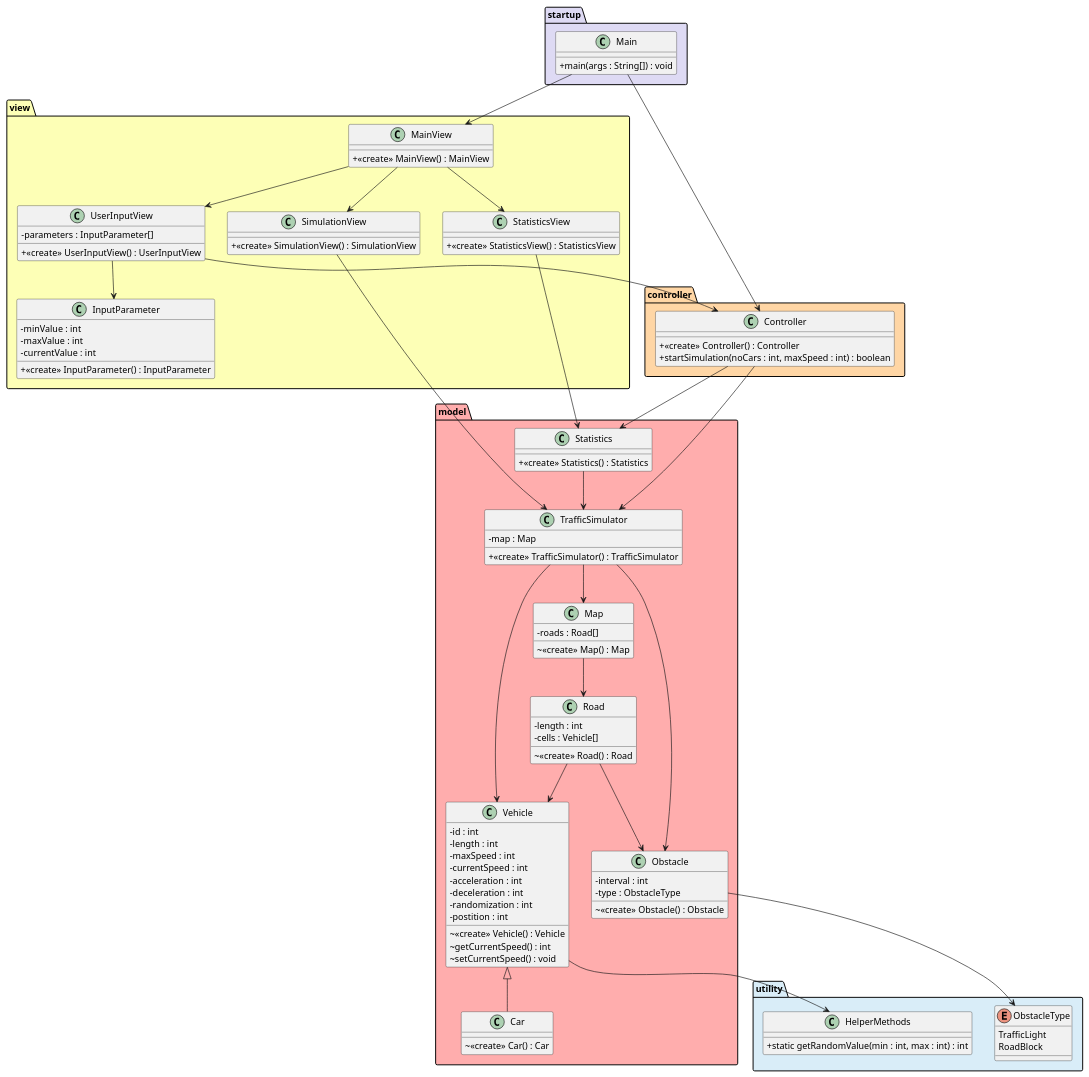
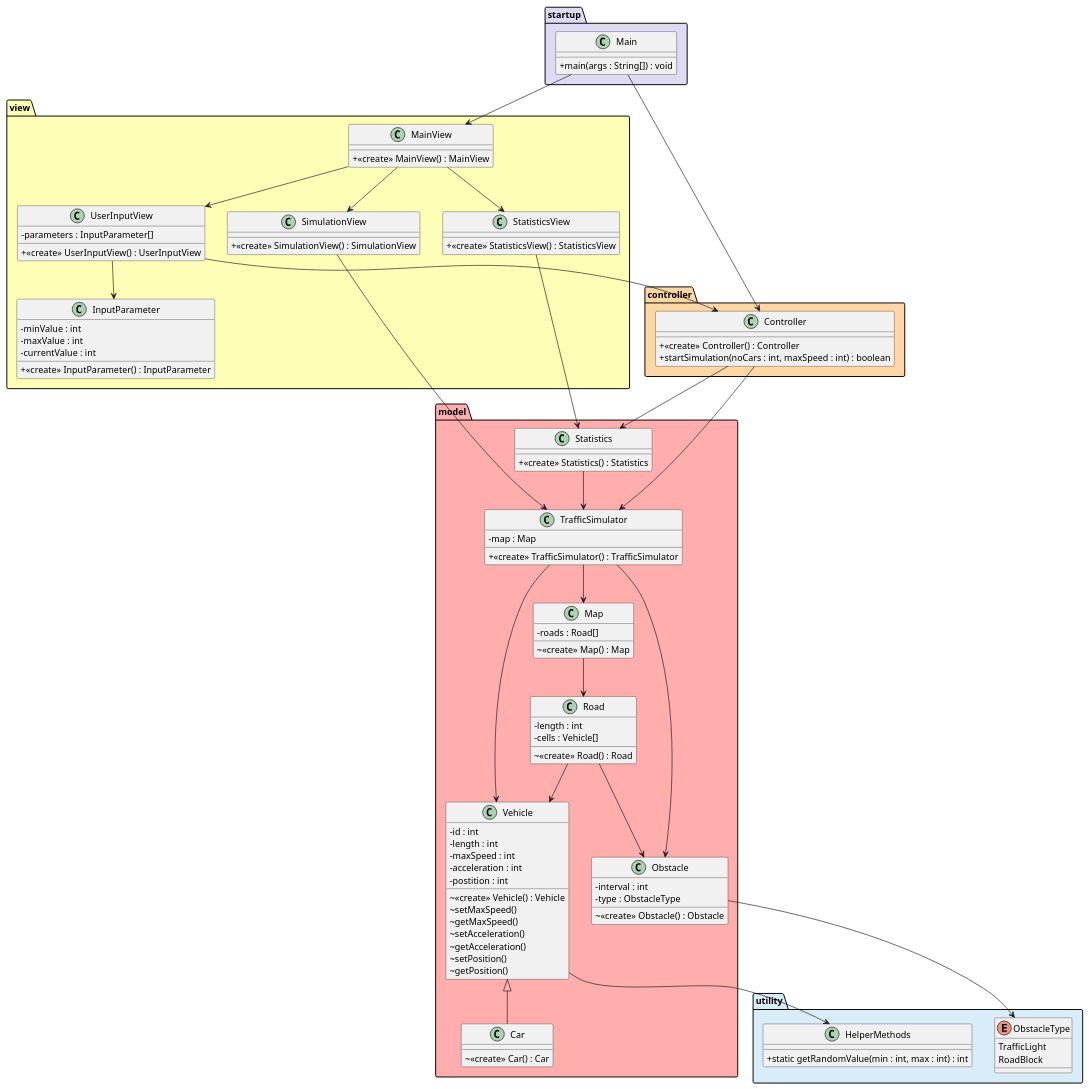
Before and after one commit to holmgren23/traffic-simulator: the diagram in class-diagram.puml, drawn with PlantUML.

Commit message:
Removed vh attributes that should go in sim, added getters and setters

```diff
--- a/class-diagram.puml
+++ b/class-diagram.puml
@@ -1,145 +1,148 @@
 @startuml TrafficSimulator
 skinparam classAttributeIconSize 0
 
 /'colors
 #FFADAD
 #FFD6A5
 #FDFFB6
 #E4F1EE
 #D9EDF8
 #DEDAF4'/
 
 package model #FFADAD {
   class TrafficSimulator {
   - map : Map
   + <<create>> TrafficSimulator() : TrafficSimulator
   }
 
   class Vehicle {
     - id : int
     - length : int
     - maxSpeed : int
-    - currentSpeed : int
     - acceleration : int
-    - deceleration : int
-    - randomization : int
     - postition : int
     ~ <<create>> Vehicle() : Vehicle
-    ~ getCurrentSpeed() : int
-    ~ setCurrentSpeed() : void
+    ~ setMaxSpeed()
+    ~ getMaxSpeed()
+    ~ setAcceleration()
+    ~ getAcceleration()
+    ~ setPosition()
+    ~ getPosition()
+
+
   }
 
   class Car {
     ~ <<create>> Car() : Car
   }
 
   class Map {
     - roads : Road[]
     ~ <<create>> Map() : Map
   }
 
   class Road {
     - length : int
     - cells : Vehicle[]
     ~ <<create>> Road() : Road
   }
 
   class Obstacle {
     - interval : int
     - type : ObstacleType
     ~ <<create>> Obstacle() : Obstacle
   }
 
   class Statistics {
     + <<create>> Statistics() : Statistics
   }
 
   TrafficSimulator --> Map
   TrafficSimulator --> Vehicle
   TrafficSimulator --> Obstacle
   Map --> Road
   Road --> Obstacle
   Road --> Vehicle
   Vehicle <|-- Car
   Statistics --> TrafficSimulator
 }
 
 package controller #FFD6A5 {
   class Controller {
     + <<create>> Controller() : Controller
     + startSimulation(noCars : int, maxSpeed : int) : boolean
   }
 
   Controller --> Statistics
   Controller --> TrafficSimulator
 }
 
 package view #FDFFB6 {
   class MainView {
     + <<create>> MainView() : MainView
   }
   class UserInputView {
     - parameters : InputParameter[]
     + <<create>> UserInputView() : UserInputView
   }
 
   class InputParameter {
     - minValue : int
     - maxValue : int
     - currentValue : int 
     + <<create>> InputParameter() : InputParameter
   }
 
   class StatisticsView {
     + <<create>> StatisticsView() : StatisticsView
   }
 
   class SimulationView {
     + <<create>> SimulationView() : SimulationView
   }
 
   MainView --> UserInputView
   MainView --> StatisticsView
   MainView --> SimulationView
   UserInputView --> InputParameter
   
   UserInputView --> Controller
   StatisticsView --> Statistics
   SimulationView --> TrafficSimulator
 }
 
 package utility #D9EDF8 {
   enum ObstacleType {
     TrafficLight
     RoadBlock
   }
 
   class HelperMethods {
     + static getRandomValue(min : int, max : int) : int
   }
 
 
   Obstacle --> ObstacleType
   Vehicle --> HelperMethods
 }
 
 package startup #DEDAF4 {
   class Main {
   + main(args : String[]) : void
 }
   Main --> Controller
   Main --> MainView
 }
 
 /'startup'/
 
 
 /'model'/
 
 /'utility'/
 
 
 
 /'view'
 
 @enduml
```
